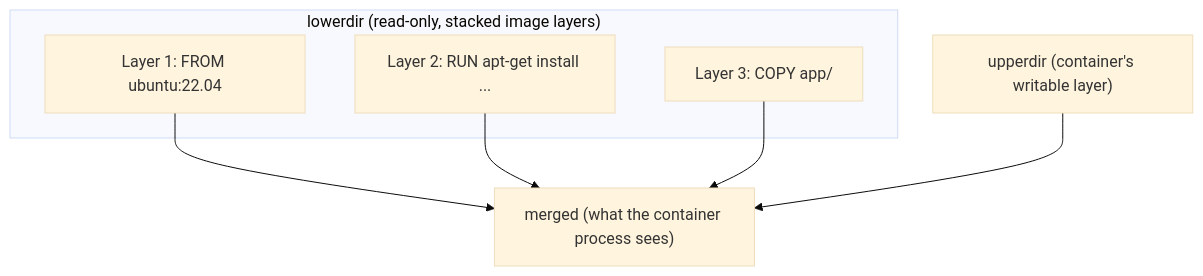
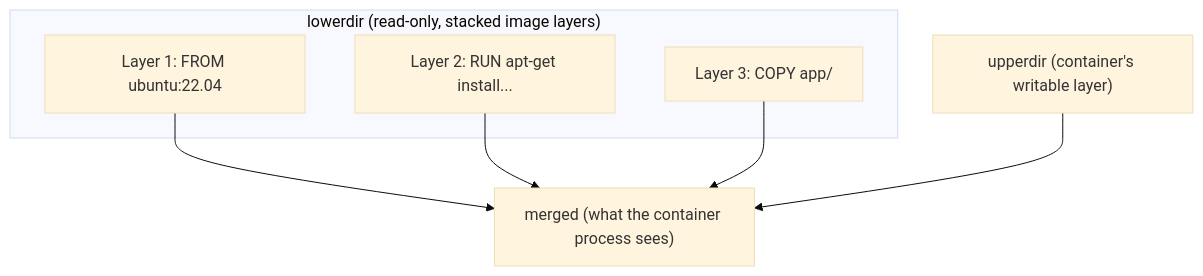
Before and after one commit to umashankarp/InterviewQuestions: the first of 4 diagrams in 24-Docker/01-Images-Layers-UnionFilesystem.md, drawn with Mermaid (base theme). The commit also changed other lines of this file and 173 other files, not shown here.

````diff
--- a/24-Docker/01-Images-Layers-UnionFilesystem.md
+++ b/24-Docker/01-Images-Layers-UnionFilesystem.md
@@ -56,14 +56,14 @@
 ```mermaid
 graph TB
-    subgraph "lowerdir (read-only, stacked image layers)"
-        L1["Layer 1: FROM ubuntu:22.04"]
-        L2["Layer 2: RUN apt-get install ..."]
-        L3["Layer 3: COPY app/"]
-    end
-    Upper["upperdir (container's writable layer)"]
-    Merged["merged (what the container process sees)"]
-    L1 --> Merged
-    L2 --> Merged
-    L3 --> Merged
-    Upper --> Merged
+ subgraph "lowerdir (read-only, stacked image layers)"
+ L1["Layer 1: FROM ubuntu:22.04"]
+ L2["Layer 2: RUN apt-get install..."]
+ L3["Layer 3: COPY app/"]
+ end
+ Upper["upperdir (container's writable layer)"]
+ Merged["merged (what the container process sees)"]
+ L1 --> Merged
+ L2 --> Merged
+ L3 --> Merged
+ Upper --> Merged
 ```
````
